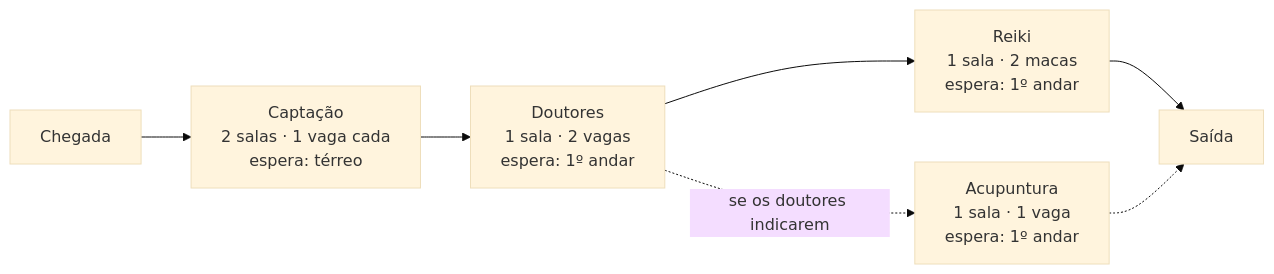
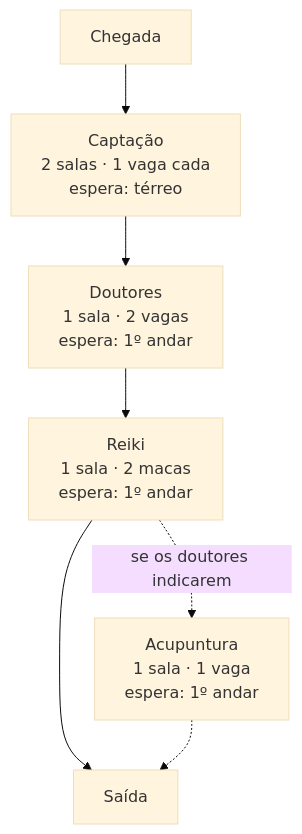
Before and after one commit to ZeRobertoMagalhaes/Gelf_Painel-chamadas-tv-filas: the first of 3 diagrams in docs/fluxos/5-bio.md, drawn with Mermaid (base theme). The commit also changed 4 other files, not shown here.

First line of the commit message:
PDFs dos fluxos (filas e Bio) e diagramas verticais

````diff
--- a/docs/fluxos/5-bio.md
+++ b/docs/fluxos/5-bio.md
@@ -15,9 +15,9 @@
 ```mermaid
-flowchart LR
+flowchart TD
     A[Chegada] --> B[Captação<br/>2 salas · 1 vaga cada<br/>espera: térreo]
     B --> C[Doutores<br/>1 sala · 2 vagas<br/>espera: 1º andar]
     C --> D[Reiki<br/>1 sala · 2 macas<br/>espera: 1º andar]
     D --> F[Saída]
-    C -.->|se os doutores indicarem| E[Acupuntura<br/>1 sala · 1 vaga<br/>espera: 1º andar]
+    D -.->|se os doutores indicarem| E[Acupuntura<br/>1 sala · 1 vaga<br/>espera: 1º andar]
     E -.-> F
 ```
````
